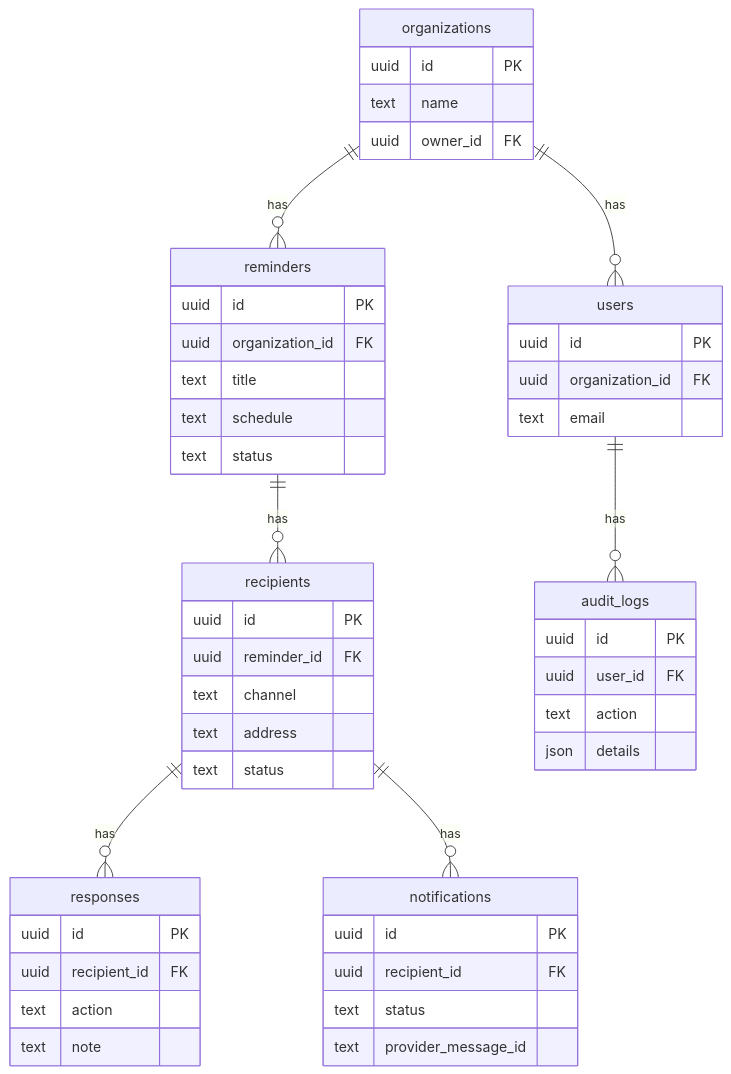
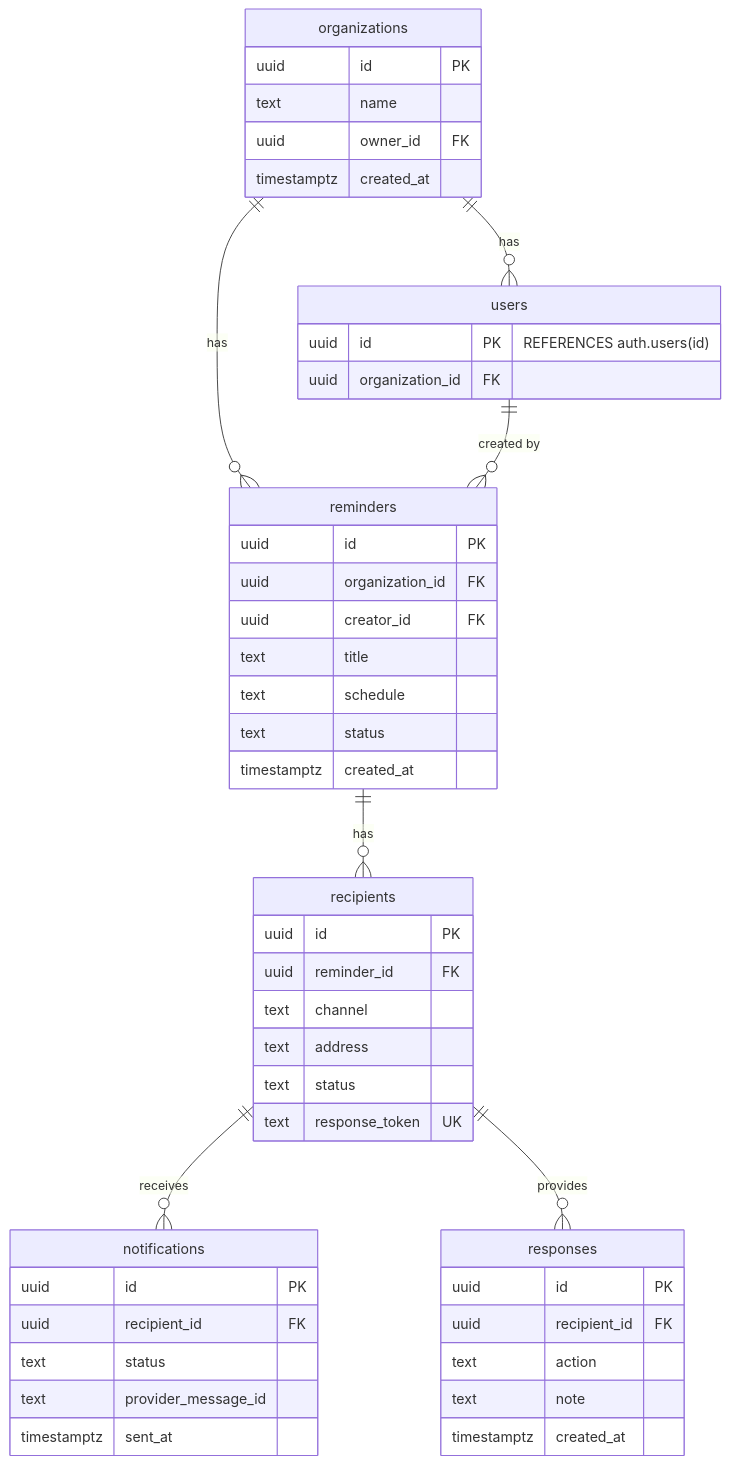
Before and after one commit to arumaldodrla/ReminderSent: the diagram in 04-Data-Model-and-RLS.md, drawn with Mermaid. The commit also changed other lines of this file and 7 other files, not shown here.

````diff
--- a/04-Data-Model-and-RLS.md
+++ b/04-Data-Model-and-RLS.md
@@ -17,58 +29,56 @@
 ```mermaid
 erDiagram
     organizations {
         uuid id PK
         text name
         uuid owner_id FK
+        timestamptz created_at
     }
 
     users {
-        uuid id PK
+        uuid id PK "REFERENCES auth.users(id)"
         uuid organization_id FK
-        text email
     }
 
     reminders {
         uuid id PK
         uuid organization_id FK
+        uuid creator_id FK
         text title
         text schedule
         text status
+        timestamptz created_at
     }
 
     recipients {
         uuid id PK
         uuid reminder_id FK
         text channel
         text address
         text status
+        text response_token UK
     }
 
     responses {
         uuid id PK
         uuid recipient_id FK
         text action
         text note
+        timestamptz created_at
     }
 
     notifications {
         uuid id PK
         uuid recipient_id FK
         text status
         text provider_message_id
-    }
-
-    audit_logs {
-        uuid id PK
-        uuid user_id FK
-        text action
-        json details
+        timestamptz sent_at
     }
 
     organizations ||--o{ users : "has"
     organizations ||--o{ reminders : "has"
+    users ||--o{ reminders : "created by"
     reminders ||--o{ recipients : "has"
-    recipients ||--o{ responses : "has"
-    recipients ||--o{ notifications : "has"
-    users ||--o{ audit_logs : "has"
+    recipients ||--o{ notifications : "receives"
+    recipients ||--o{ responses : "provides"
 ```
````
